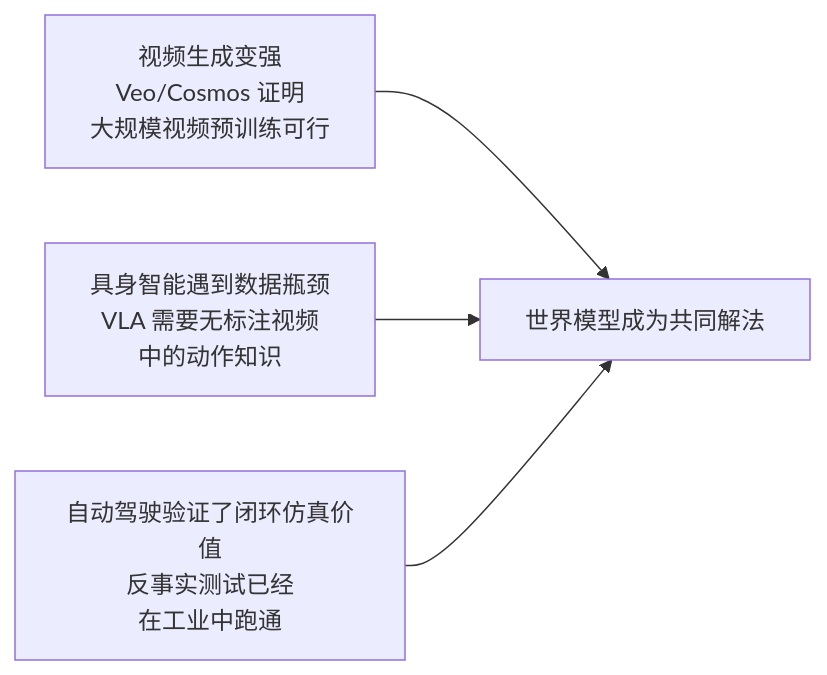
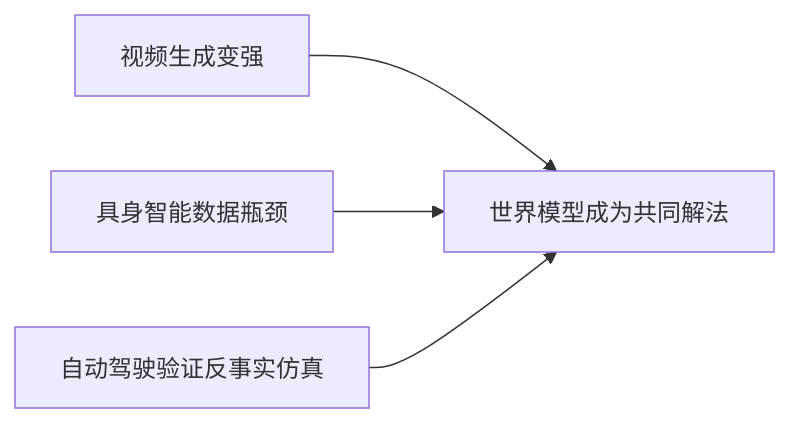
One commit to zhimin-z/learn-world-model changed the third of 3 diagrams in docs/zh/lectures/lecture-01-internal-simulation/03-why-now.md. Above: the diagram before and after it, drawn with Mermaid. The commit also changed other lines of this file and 9 other files, not shown here.

````diff
--- a/docs/zh/lectures/lecture-01-internal-simulation/03-why-now.md
+++ b/docs/zh/lectures/lecture-01-internal-simulation/03-why-now.md
@@ -94,7 +94,7 @@
 ```mermaid
 flowchart LR
-    A["视频生成变强\nVeo/Cosmos 证明\n大规模视频预训练可行"] --> D
-    B["具身智能遇到数据瓶颈\nVLA 需要无标注视频\n中的动作知识"] --> D
-    C["自动驾驶验证了闭环仿真价值\n反事实测试已经\n在工业中跑通"] --> D
-    D["世界模型成为共同解法"]
+    A[视频生成变强] --> D
+    B[具身智能数据瓶颈] --> D
+    C[自动驾驶验证反事实仿真] --> D
+    D[世界模型成为共同解法]
 ```
````
